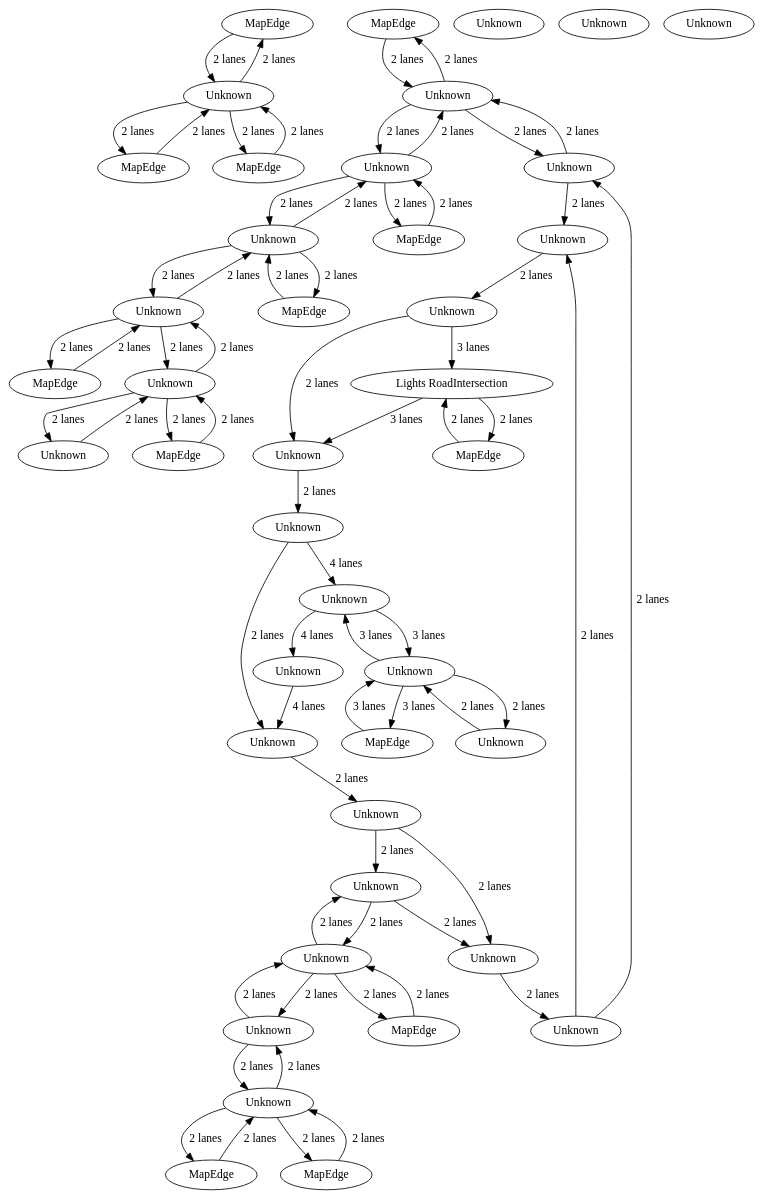
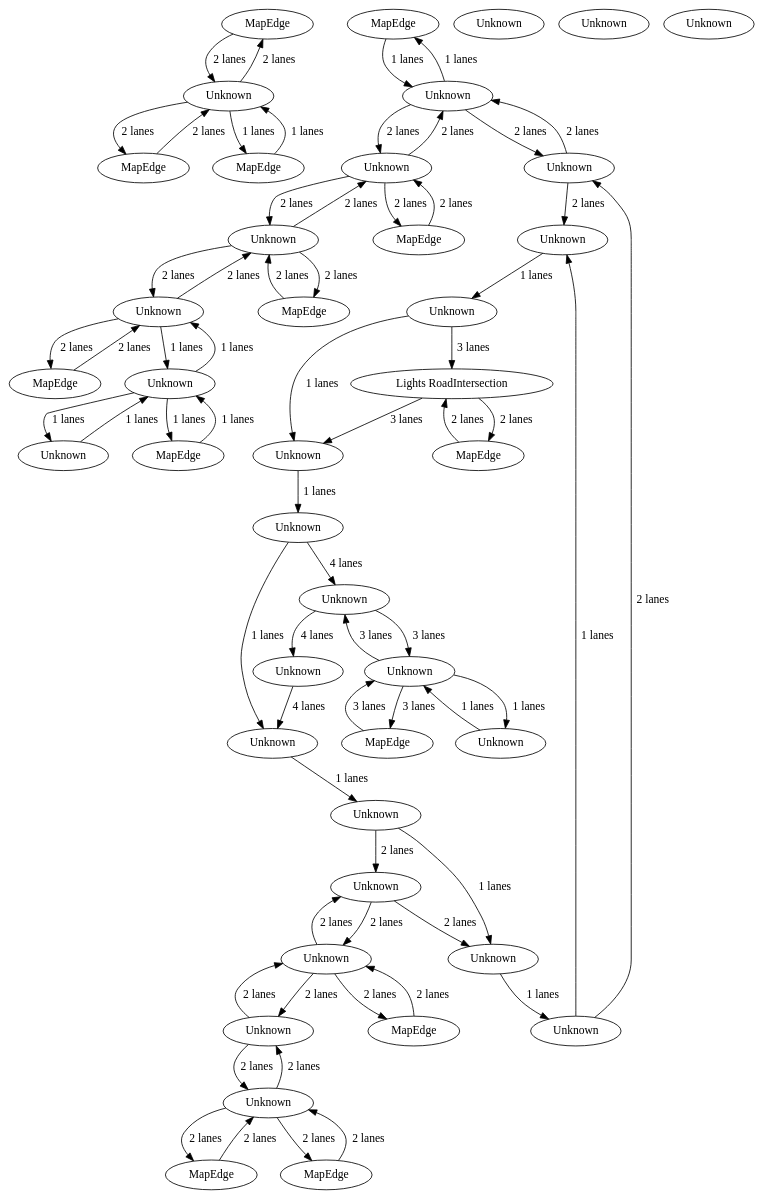
Before and after one commit to a-b-street/osm2streets: the diagram in src/perth_peanut_roundabout/road_network.dot, drawn with Graphviz. The commit also changed 13 other files, not shown here.

```diff
--- a/src/perth_peanut_roundabout/road_network.dot
+++ b/src/perth_peanut_roundabout/road_network.dot
@@ -1,108 +1,108 @@
 digraph {
     0 [ label = "MapEdge" ]
     1 [ label = "MapEdge" ]
     2 [ label = "Unknown" ]
     3 [ label = "MapEdge" ]
     4 [ label = "Unknown" ]
     5 [ label = "Unknown" ]
     6 [ label = "MapEdge" ]
     7 [ label = "Unknown" ]
     8 [ label = "MapEdge" ]
     9 [ label = "MapEdge" ]
     10 [ label = "Unknown" ]
     11 [ label = "MapEdge" ]
     12 [ label = "Unknown" ]
     13 [ label = "Unknown" ]
     14 [ label = "Unknown" ]
     15 [ label = "Unknown" ]
     16 [ label = "Unknown" ]
     17 [ label = "Unknown" ]
     18 [ label = "Unknown" ]
     19 [ label = "Unknown" ]
     20 [ label = "Unknown" ]
     21 [ label = "Unknown" ]
     22 [ label = "MapEdge" ]
     23 [ label = "Unknown" ]
     24 [ label = "Unknown" ]
     25 [ label = "MapEdge" ]
     26 [ label = "Unknown" ]
     27 [ label = "Unknown" ]
     28 [ label = "Unknown" ]
     29 [ label = "Unknown" ]
     30 [ label = "Unknown" ]
     31 [ label = "Unknown" ]
     32 [ label = "Unknown" ]
     33 [ label = "MapEdge" ]
     34 [ label = "MapEdge" ]
     35 [ label = "Unknown" ]
     36 [ label = "Unknown" ]
     37 [ label = "Lights RoadIntersection" ]
     38 [ label = "MapEdge" ]
     39 [ label = "Unknown" ]
     40 [ label = "MapEdge" ]
     14 -> 2 [ label = "4 lanes" ]
     0 -> 39 [ label = "2 lanes" ]
     39 -> 0 [ label = "2 lanes" ]
     39 -> 6 [ label = "2 lanes" ]
     6 -> 39 [ label = "2 lanes" ]
     5 -> 3 [ label = "2 lanes" ]
     3 -> 5 [ label = "2 lanes" ]
     4 -> 9 [ label = "2 lanes" ]
     9 -> 4 [ label = "2 lanes" ]
     8 -> 10 [ label = "2 lanes" ]
     10 -> 8 [ label = "2 lanes" ]
     10 -> 17 [ label = "2 lanes" ]
     17 -> 10 [ label = "2 lanes" ]
     5 -> 12 [ label = "2 lanes" ]
     12 -> 5 [ label = "2 lanes" ]
     12 -> 32 [ label = "2 lanes" ]
     32 -> 12 [ label = "2 lanes" ]
     4 -> 5 [ label = "2 lanes" ]
     5 -> 4 [ label = "2 lanes" ]
-    12 -> 1 [ label = "2 lanes" ]
-    1 -> 12 [ label = "2 lanes" ]
+    12 -> 1 [ label = "1 lanes" ]
+    1 -> 12 [ label = "1 lanes" ]
     37 -> 38 [ label = "2 lanes" ]
     38 -> 37 [ label = "2 lanes" ]
-    2 -> 20 [ label = "2 lanes" ]
-    15 -> 35 [ label = "2 lanes" ]
-    16 -> 2 [ label = "2 lanes" ]
-    18 -> 36 [ label = "2 lanes" ]
-    19 -> 15 [ label = "2 lanes" ]
-    20 -> 18 [ label = "2 lanes" ]
-    35 -> 16 [ label = "2 lanes" ]
-    36 -> 19 [ label = "2 lanes" ]
+    2 -> 20 [ label = "1 lanes" ]
+    15 -> 35 [ label = "1 lanes" ]
+    16 -> 2 [ label = "1 lanes" ]
+    18 -> 36 [ label = "1 lanes" ]
+    19 -> 15 [ label = "1 lanes" ]
+    20 -> 18 [ label = "1 lanes" ]
+    35 -> 16 [ label = "1 lanes" ]
+    36 -> 19 [ label = "1 lanes" ]
     27 -> 22 [ label = "3 lanes" ]
     22 -> 27 [ label = "3 lanes" ]
     21 -> 4 [ label = "2 lanes" ]
     4 -> 21 [ label = "2 lanes" ]
     25 -> 21 [ label = "2 lanes" ]
     21 -> 25 [ label = "2 lanes" ]
-    27 -> 26 [ label = "2 lanes" ]
-    26 -> 27 [ label = "2 lanes" ]
-    29 -> 28 [ label = "2 lanes" ]
-    28 -> 29 [ label = "2 lanes" ]
-    11 -> 29 [ label = "2 lanes" ]
-    29 -> 11 [ label = "2 lanes" ]
-    29 -> 21 [ label = "2 lanes" ]
-    21 -> 29 [ label = "2 lanes" ]
+    27 -> 26 [ label = "1 lanes" ]
+    26 -> 27 [ label = "1 lanes" ]
+    29 -> 28 [ label = "1 lanes" ]
+    28 -> 29 [ label = "1 lanes" ]
+    11 -> 29 [ label = "1 lanes" ]
+    29 -> 11 [ label = "1 lanes" ]
+    29 -> 21 [ label = "1 lanes" ]
+    21 -> 29 [ label = "1 lanes" ]
     31 -> 10 [ label = "2 lanes" ]
     10 -> 31 [ label = "2 lanes" ]
     30 -> 27 [ label = "3 lanes" ]
     27 -> 30 [ label = "3 lanes" ]
     7 -> 31 [ label = "2 lanes" ]
     31 -> 7 [ label = "2 lanes" ]
     33 -> 7 [ label = "2 lanes" ]
     7 -> 33 [ label = "2 lanes" ]
     34 -> 7 [ label = "2 lanes" ]
     7 -> 34 [ label = "2 lanes" ]
     16 -> 30 [ label = "4 lanes" ]
     32 -> 19 [ label = "2 lanes" ]
     17 -> 18 [ label = "2 lanes" ]
     37 -> 35 [ label = "3 lanes" ]
     15 -> 37 [ label = "3 lanes" ]
     36 -> 32 [ label = "2 lanes" ]
     20 -> 17 [ label = "2 lanes" ]
-    40 -> 39 [ label = "2 lanes" ]
-    39 -> 40 [ label = "2 lanes" ]
+    40 -> 39 [ label = "1 lanes" ]
+    39 -> 40 [ label = "1 lanes" ]
     30 -> 14 [ label = "4 lanes" ]
 }
```
